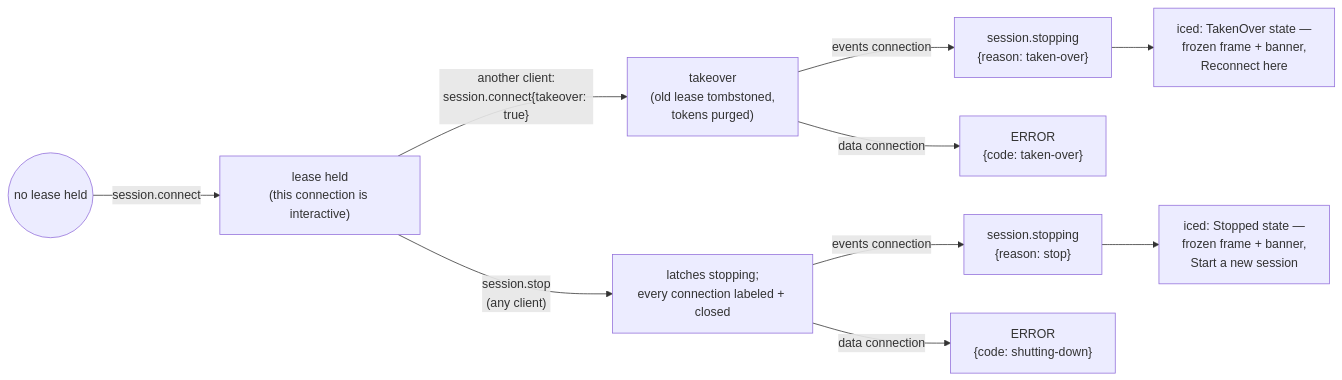
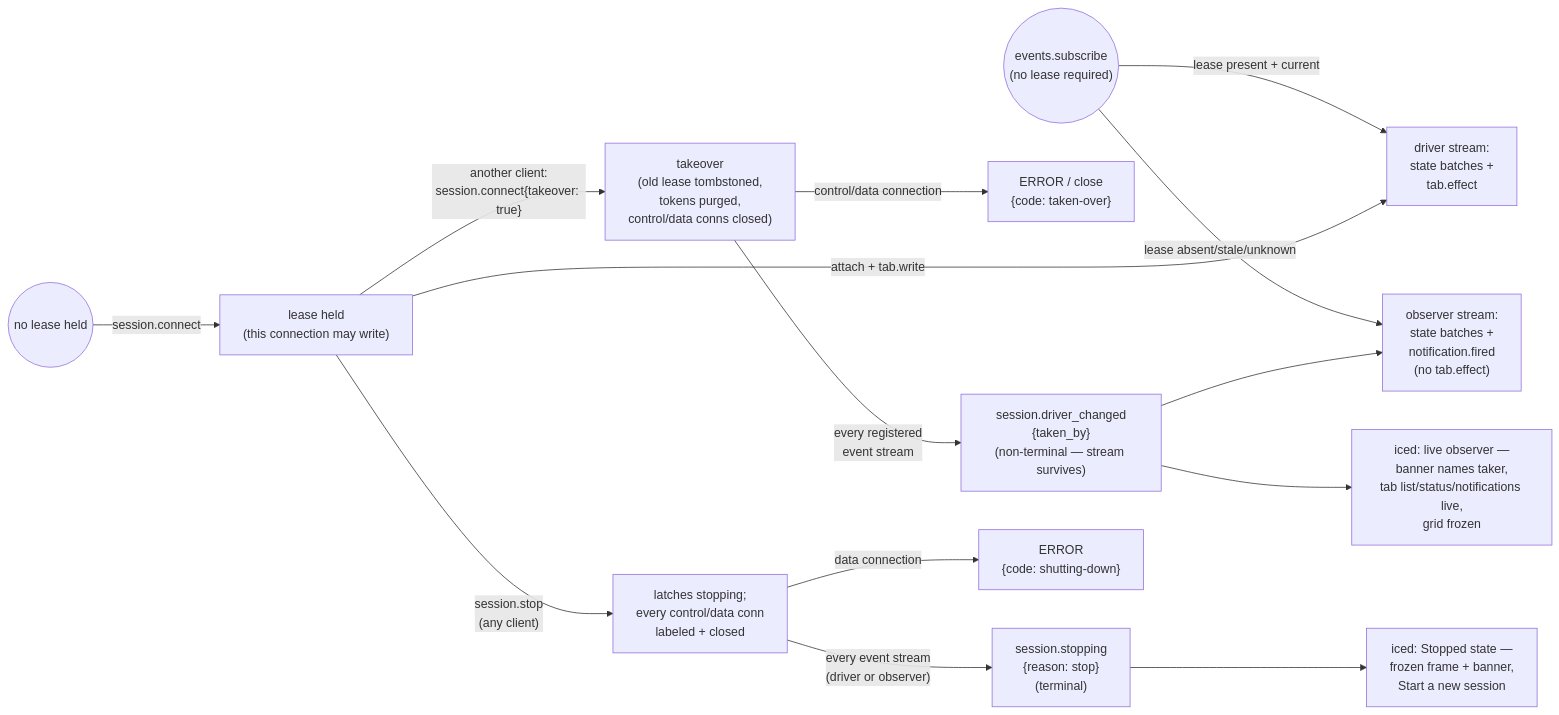
Before and after one commit to charliek/roost: the third of 3 diagrams in docs/development/host-sessions.md, drawn with Mermaid. The commit also changed other lines of this file and 5 other files, not shown here.

````diff
--- a/docs/development/host-sessions.md
+++ b/docs/development/host-sessions.md
@@ -76,12 +76,16 @@
 ```mermaid
 flowchart LR
-  NoLease(("no lease held")) -- "session.connect" --> Held["lease held<br/>(this connection is interactive)"]
-  Held -- "another client:<br/>session.connect{takeover: true}" --> Takeover["takeover<br/>(old lease tombstoned,<br/>tokens purged)"]
-  Takeover -- "events connection" --> StoppingTO["session.stopping<br/>{reason: taken-over}"]
-  Takeover -- "data connection" --> ErrorTO["ERROR<br/>{code: taken-over}"]
-  Held -- "session.stop<br/>(any client)" --> Stopping["latches stopping;<br/>every connection labeled + closed"]
-  Stopping -- "events connection" --> StoppingS["session.stopping<br/>{reason: stop}"]
+  Sub(("events.subscribe<br/>(no lease required)")) -- "lease absent/stale/unknown" --> Observer["observer stream:<br/>state batches +<br/>notification.fired<br/>(no tab.effect)"]
+  Sub -- "lease present + current" --> Driver["driver stream:<br/>state batches +<br/>tab.effect"]
+  NoLease(("no lease held")) -- "session.connect" --> Held["lease held<br/>(this connection may write)"]
+  Held -- "attach + tab.write" --> Driver
+  Held -- "another client:<br/>session.connect{takeover: true}" --> Takeover["takeover<br/>(old lease tombstoned,<br/>tokens purged,<br/>control/data conns closed)"]
+  Takeover -- "control/data connection" --> ErrorTO["ERROR / close<br/>{code: taken-over}"]
+  Takeover -- "every registered<br/>event stream" --> DriverChanged["session.driver_changed<br/>{taken_by}<br/>(non-terminal — stream survives)"]
+  DriverChanged --> Observer
+  DriverChanged --> UIObs["iced: live observer —<br/>banner names taker,<br/>tab list/status/notifications live,<br/>grid frozen"]
+  Held -- "session.stop<br/>(any client)" --> Stopping["latches stopping;<br/>every control/data conn<br/>labeled + closed"]
+  Stopping -- "every event stream<br/>(driver or observer)" --> StoppingS["session.stopping<br/>{reason: stop}<br/>(terminal)"]
   Stopping -- "data connection" --> ErrorS["ERROR<br/>{code: shutting-down}"]
-  StoppingTO --> UITO["iced: TakenOver state —<br/>frozen frame + banner,<br/>Reconnect here"]
   StoppingS --> UIS["iced: Stopped state —<br/>frozen frame + banner,<br/>Start a new session"]
 ```
````
